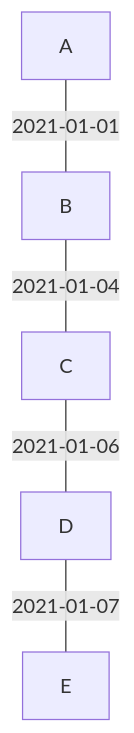
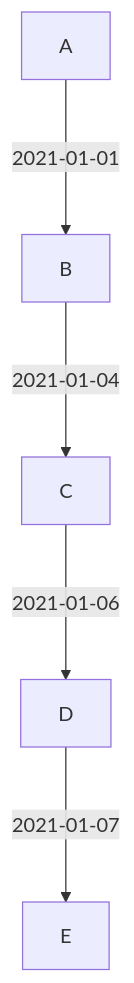
Diagram 12 of 13 in README.md (jpmmcneill/dbt-graph-theory), drawn with Mermaid before and after one commit. The commit also changed other lines of this file, not shown here.

Commit message:
make ordered graphs obviously ordered

````diff
--- a/README.md
+++ b/README.md
@@ -385,7 +385,7 @@
 ```mermaid
 flowchart
-  A---|2021-01-01|B
-  B---|2021-01-04|C
-  C---|2021-01-06|D
-  D---|2021-01-07|E
+  A--->|2021-01-01|B
+  B--->|2021-01-04|C
+  C--->|2021-01-06|D
+  D--->|2021-01-07|E
 ```
````
